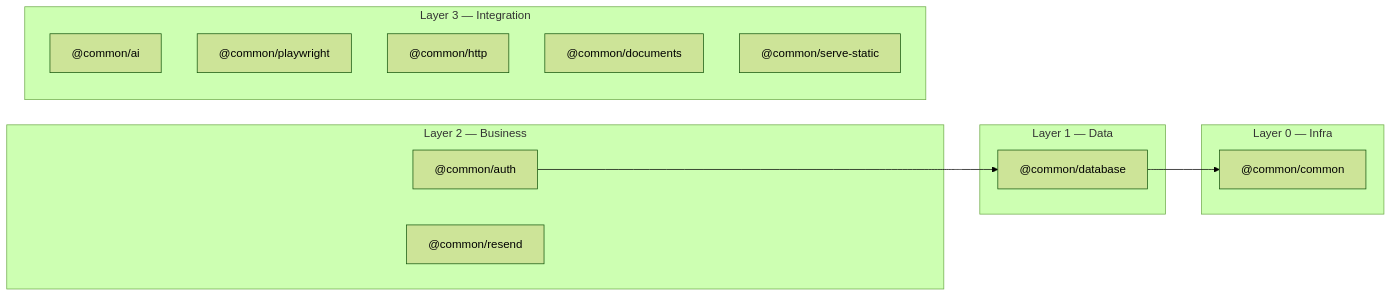
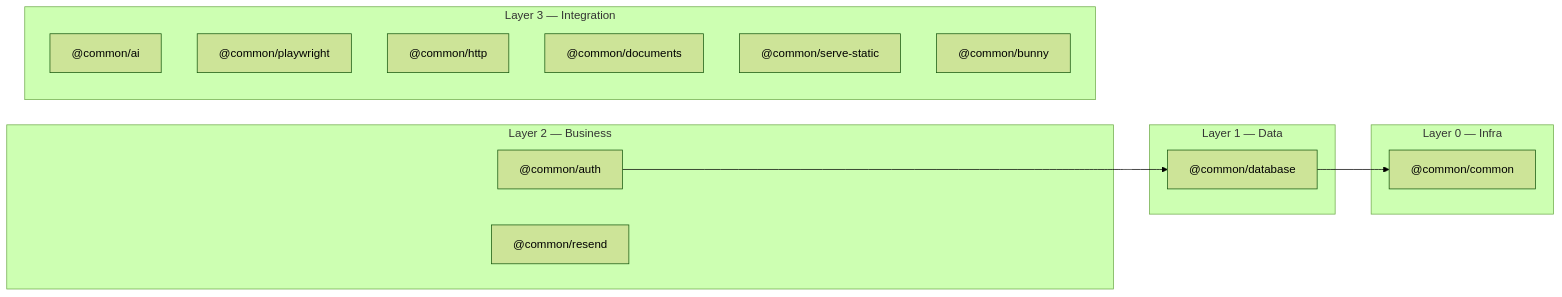
Before and after one commit to bobrobert13/nestJs-boilerplate: the third of 4 diagrams in AGENTS.md, drawn with Mermaid (forest theme). The commit also changed other lines of this file and 16 other files, not shown here.

First line of the commit message:
feat(@common/bunny): add bunny.net edge storage package

````diff
--- a/AGENTS.md
+++ b/AGENTS.md
@@ -222,20 +226,21 @@
 ```mermaid
 graph LR
     subgraph "Layer 0 — Infra"
         COMMON["@common/common"]
     end
     subgraph "Layer 1 — Data"
         DB["@common/database"] --> COMMON
     end
     subgraph "Layer 2 — Business"
         AUTH["@common/auth"] --> DB
         RESEND["@common/resend"]
     end
     subgraph "Layer 3 — Integration"
         AI["@common/ai"]
         PW["@common/playwright"]
         HTTP["@common/http"]
         DOCS["@common/documents"]
         SS["@common/serve-static"]
+        BUNNY["@common/bunny"]
     end
 ```
````
